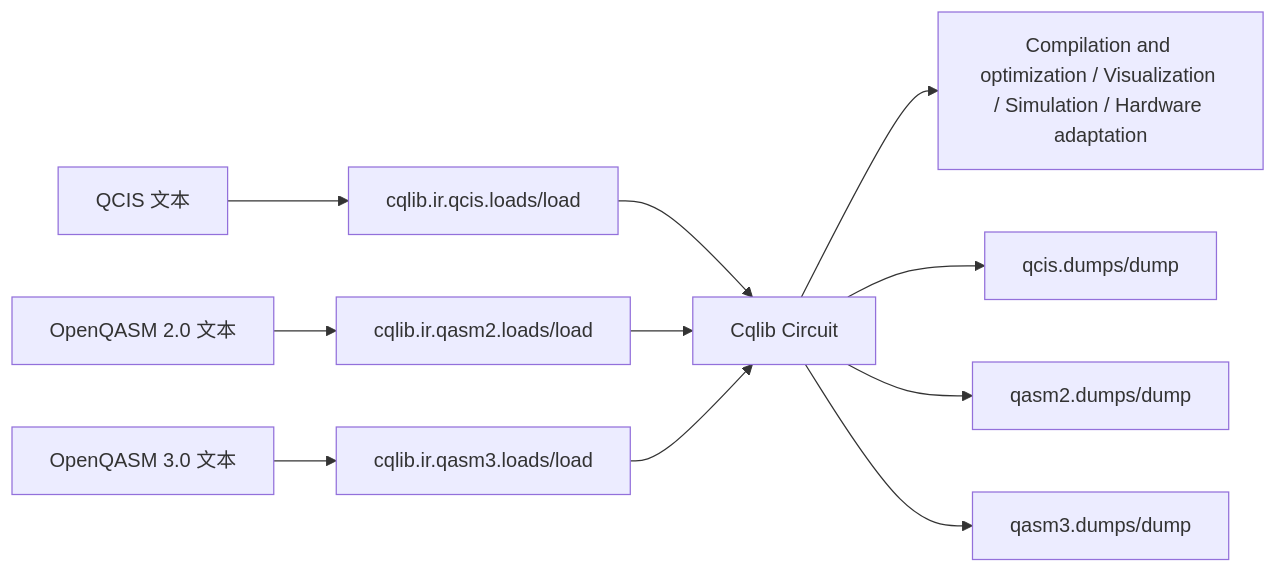
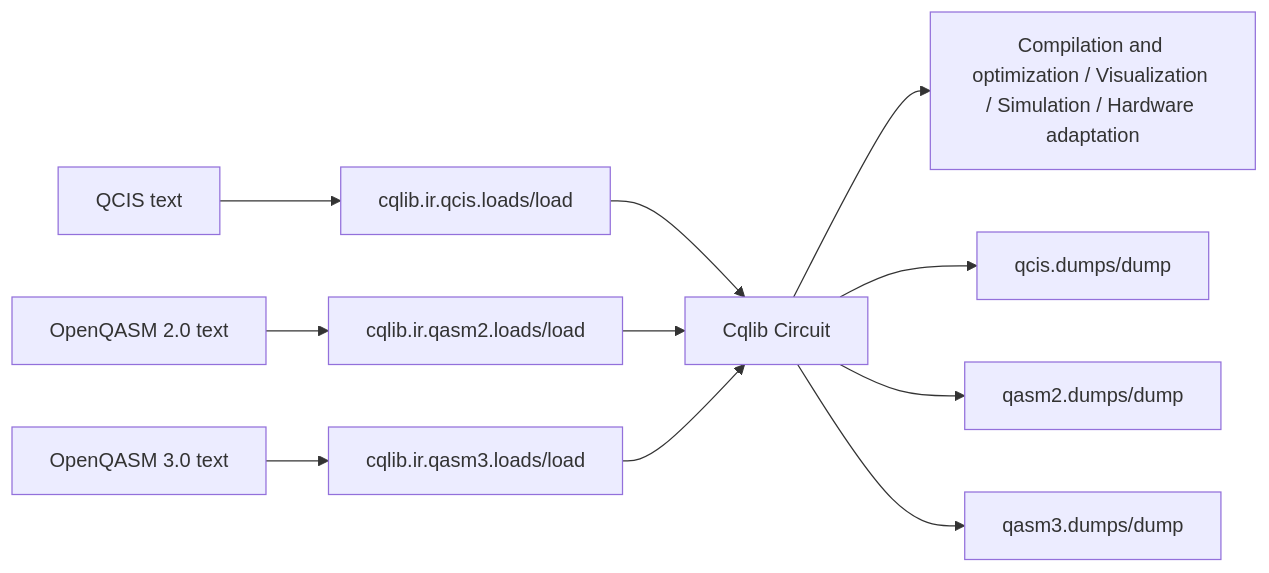
One commit to 1734/cqlib changed the diagram in docs/documentation/en/1_cqlib/1_ir/0_overview.md. Above: the diagram before and after it, drawn with Mermaid. The commit also changed other lines of this file and 32 other files, not shown here.

````diff
--- a/docs/documentation/en/1_cqlib/1_ir/0_overview.md
+++ b/docs/documentation/en/1_cqlib/1_ir/0_overview.md
@@ -16,13 +16,13 @@
 ```mermaid
 flowchart LR
-    A["QCIS 文本"] --> D["cqlib.ir.qcis.loads/load"]
-    B["OpenQASM 2.0 文本"] --> E["cqlib.ir.qasm2.loads/load"]
-    C["OpenQASM 3.0 文本"] --> F["cqlib.ir.qasm3.loads/load"]
+    A["QCIS text"] --> D["cqlib.ir.qcis.loads/load"]
+    B["OpenQASM 2.0 text"] --> E["cqlib.ir.qasm2.loads/load"]
+    C["OpenQASM 3.0 text"] --> F["cqlib.ir.qasm3.loads/load"]
     D --> G["Cqlib Circuit"]
     E --> G
     F --> G
     G --> H["Compilation and optimization / Visualization / Simulation / Hardware adaptation"]
     G --> I["qcis.dumps/dump"]
     G --> J["qasm2.dumps/dump"]
     G --> K["qasm3.dumps/dump"]
 ```
````
